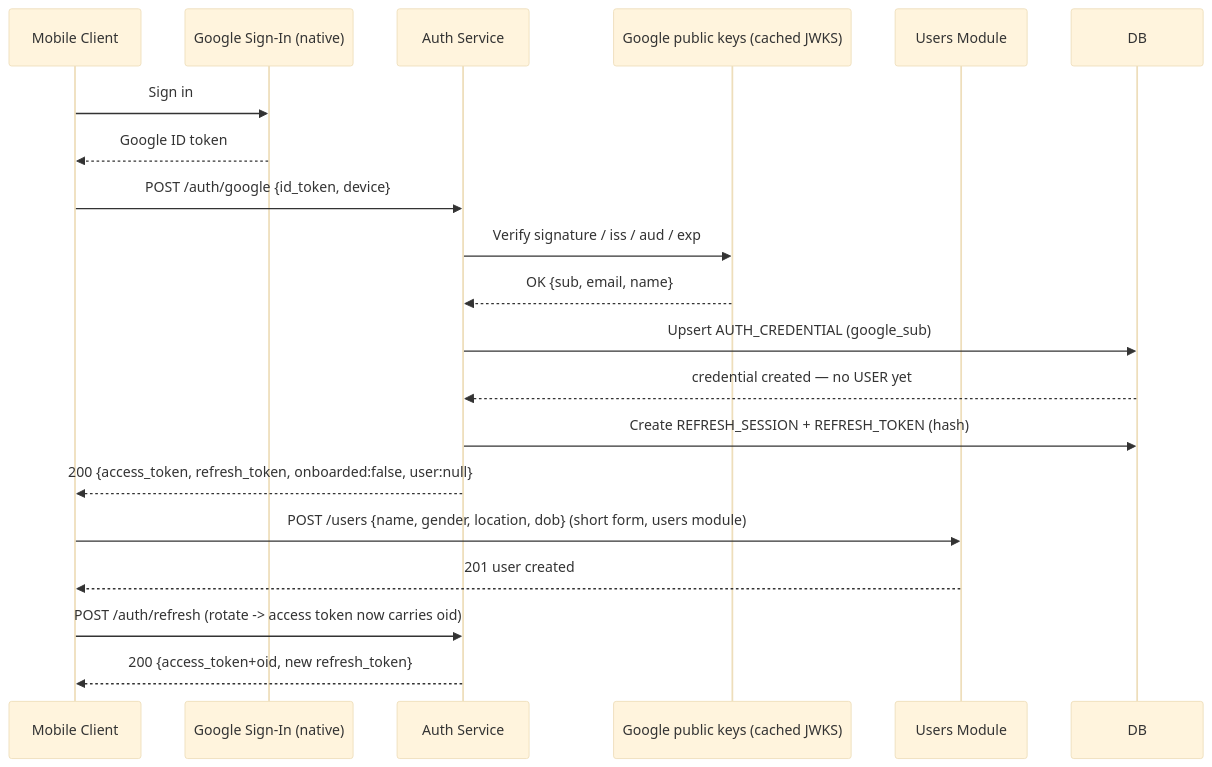
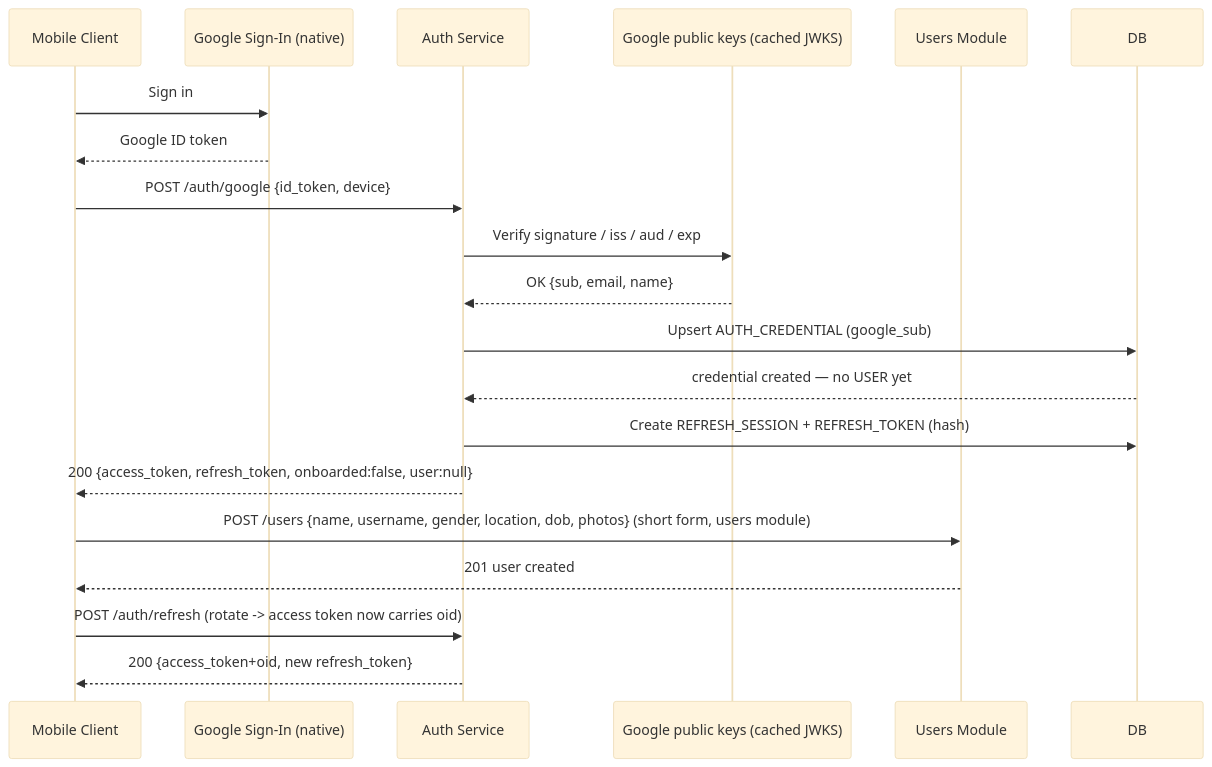
One commit to cheetah-org/fold-design changed the first of 4 diagrams in api-design/auth.md. Above: the diagram before and after it, drawn with Mermaid (base theme). The commit also changed 7 other files, not shown here.

````diff
--- a/api-design/auth.md
+++ b/api-design/auth.md
@@ -527,23 +527,23 @@
 ```mermaid
 sequenceDiagram
     participant C as Mobile Client
     participant G as Google Sign-In (native)
     participant A as Auth Service
     participant J as Google public keys (cached JWKS)
     participant U as Users Module
     participant DB as DB
 
     C->>G: Sign in
     G-->>C: Google ID token
     C->>A: POST /auth/google {id_token, device}
     A->>J: Verify signature / iss / aud / exp
     J-->>A: OK {sub, email, name}
     A->>DB: Upsert AUTH_CREDENTIAL (google_sub)
     DB-->>A: credential created — no USER yet
     A->>DB: Create REFRESH_SESSION + REFRESH_TOKEN (hash)
     A-->>C: 200 {access_token, refresh_token, onboarded:false, user:null}
-    C->>U: POST /users {name, gender, location, dob} (short form, users module)
+    C->>U: POST /users {name, username, gender, location, dob, photos} (short form, users module)
     U-->>C: 201 user created
     C->>A: POST /auth/refresh (rotate -> access token now carries oid)
     A-->>C: 200 {access_token+oid, new refresh_token}
 ```
````
